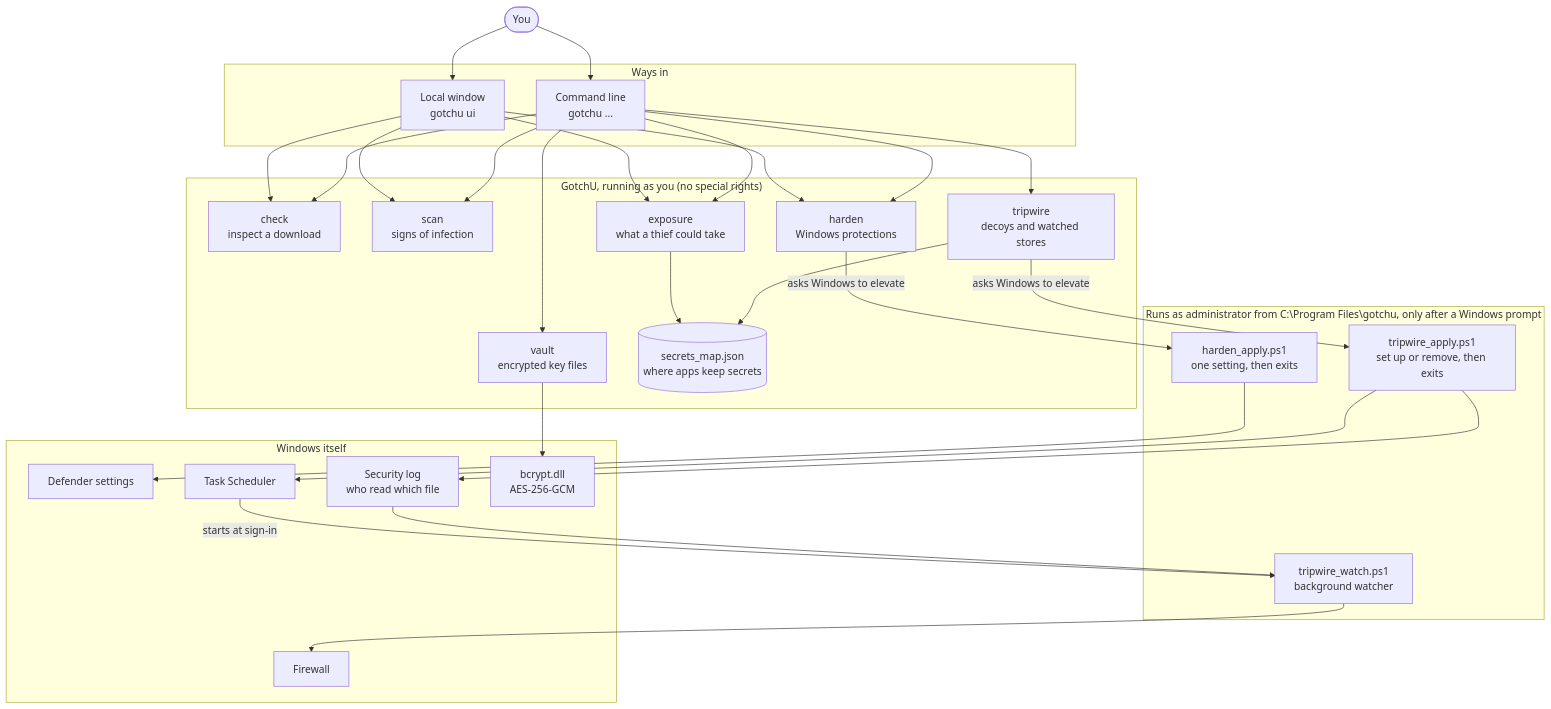
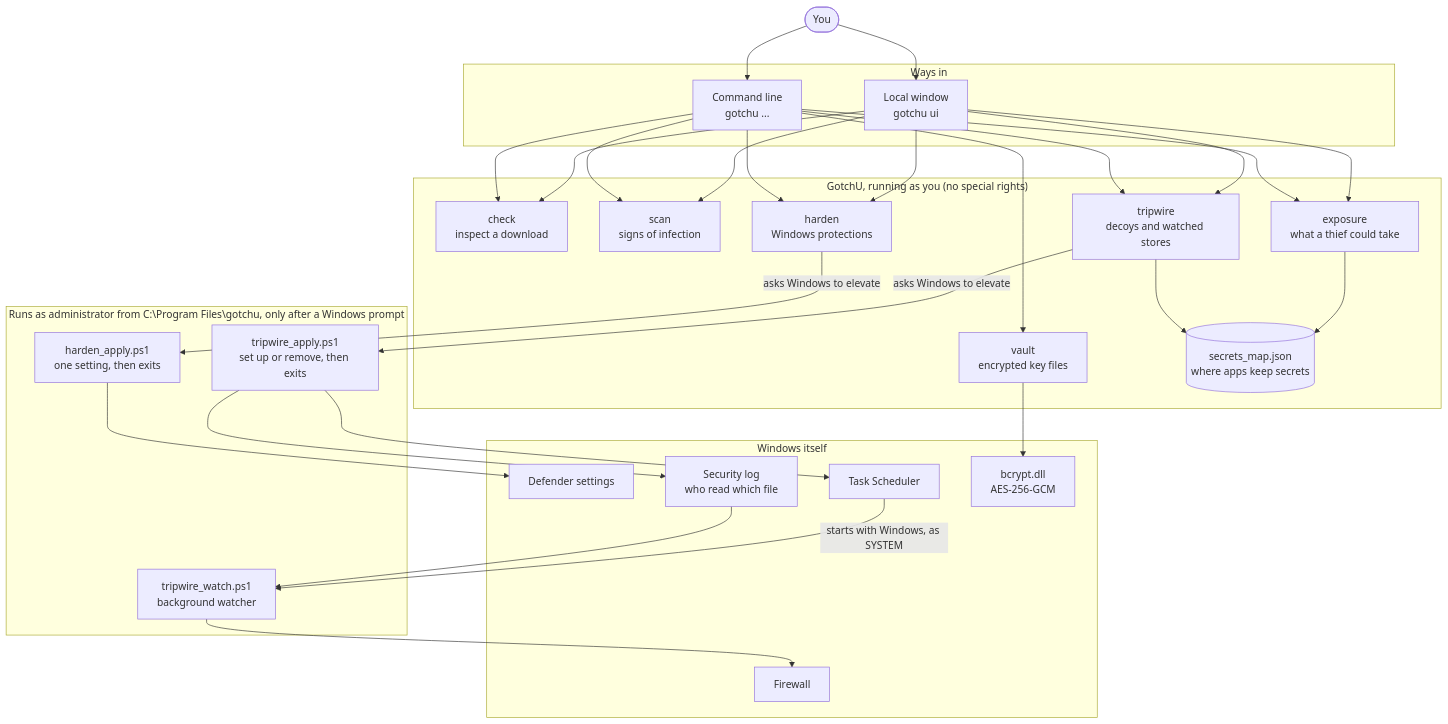
Before and after one commit to AnshMittal08/GotchU: the first of 7 diagrams in docs/ARCHITECTURE.md, drawn with Mermaid. The commit also changed other lines of this file and 5 other files, not shown here.

````diff
--- a/docs/ARCHITECTURE.md
+++ b/docs/ARCHITECTURE.md
@@ -8,47 +8,47 @@
 ```mermaid
 flowchart TB
     user(["You"])
 
     subgraph entry["Ways in"]
         cli["Command line<br/>gotchu ..."]
         ui["Local window<br/>gotchu ui"]
     end
 
     subgraph core["GotchU, running as you (no special rights)"]
         check["check<br/>inspect a download"]
         scan["scan<br/>signs of infection"]
         exposure["exposure<br/>what a thief could take"]
         harden["harden<br/>Windows protections"]
         tripwire["tripwire<br/>decoys and watched stores"]
         vault["vault<br/>encrypted key files"]
         map[("secrets_map.json<br/>where apps keep secrets")]
     end
 
     subgraph elevated["Runs as administrator from C:\Program Files\gotchu, only after a Windows prompt"]
         happly["harden_apply.ps1<br/>one setting, then exits"]
         tapply["tripwire_apply.ps1<br/>set up or remove, then exits"]
         watcher["tripwire_watch.ps1<br/>background watcher"]
     end
 
     subgraph windows["Windows itself"]
         defender["Defender settings"]
         seclog["Security log<br/>who read which file"]
         tasks["Task Scheduler"]
         firewall["Firewall"]
         crypto["bcrypt.dll<br/>AES-256-GCM"]
     end
 
     user --> cli
     user --> ui
-    ui --> check & scan & exposure & harden
+    ui --> check & scan & exposure & harden & tripwire
     cli --> check & scan & exposure & harden & tripwire & vault
     exposure --> map
     tripwire --> map
     harden -- "asks Windows to elevate" --> happly --> defender
     tripwire -- "asks Windows to elevate" --> tapply
     tapply --> tasks & seclog
-    tasks -- "starts at sign-in" --> watcher
+    tasks -- "starts with Windows, as SYSTEM" --> watcher
     seclog --> watcher
     watcher --> firewall
     vault --> crypto
 ```
````
